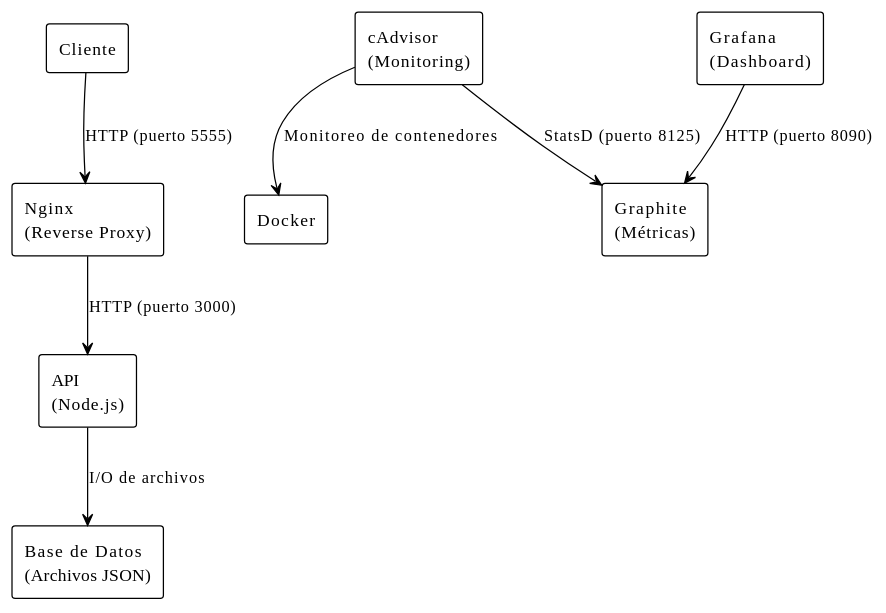
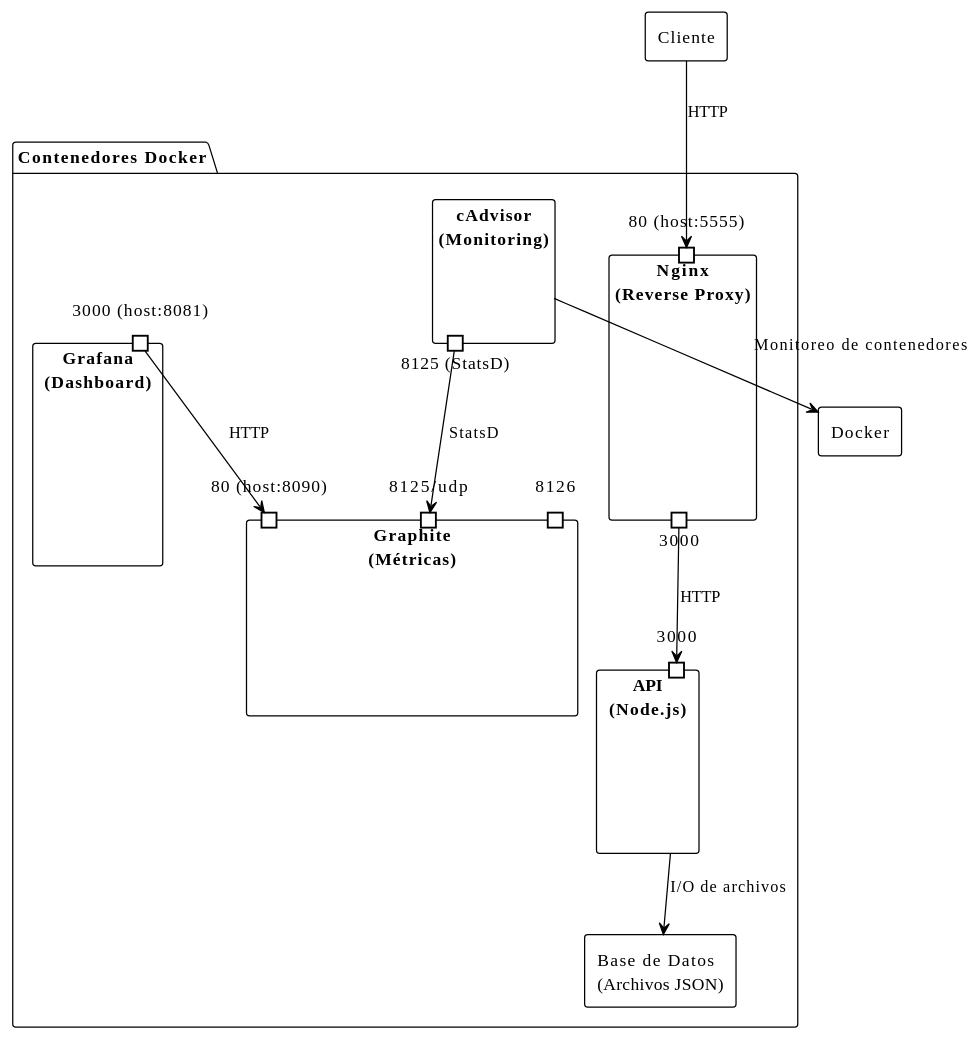
Before and after one commit to fiuba-arq-soft/2c25-tp-1: the diagram in docs/informe.org, drawn with PlantUML. The commit also changed 4 other files, not shown here.

```diff
--- a/docs/informe.org
+++ b/docs/informe.org
@@ -38,20 +38,36 @@
 #+BEGIN_SRC plantuml :file assets/componentes.png :exports results
 @startuml
 !theme plain
 skinparam componentStyle rectangle
 
 component "Cliente" as Client
-component "Nginx\n(Reverse Proxy)" as Nginx
-component "API\n(Node.js)" as API
-component "Base de Datos\n(Archivos JSON)" as DB
-component "cAdvisor\n(Monitoring)" as CAdvisor
-component "Graphite\n(Métricas)" as Graphite
-component "Grafana\n(Dashboard)" as Grafana
 
-Client --> Nginx : HTTP (puerto 5555)
-Nginx --> API : HTTP (puerto 3000)
+package "Contenedores Docker" {
+  component "Nginx\n(Reverse Proxy)" as Nginx {
+    portin "80 (host:5555)" as p_nginx_in
+    portout "3000" as p_nginx_out
+  }
+  component "API\n(Node.js)" as API {
+    portin "3000" as p_api
+  }
+  component "Base de Datos\n(Archivos JSON)" as DB
+  component "cAdvisor\n(Monitoring)" as CAdvisor {
+    portout "8125 (StatsD)" as p_cadvisor
+  }
+  component "Graphite\n(Métricas)" as Graphite {
+    portin "80 (host:8090)" as p_graphite_http
+    portin "8125/udp" as p_graphite_statsd
+    portin "8126" as p_graphite_pickle
+  }
+  component "Grafana\n(Dashboard)" as Grafana {
+    portin "3000 (host:8081)" as p_grafana
+  }
+}
+
+Client --> p_nginx_in : HTTP
+p_nginx_out --> p_api : HTTP
 API --> DB : I/O de archivos
-CAdvisor --> Graphite : StatsD (puerto 8125)
-Grafana --> Graphite : HTTP (puerto 8090)
+p_cadvisor --> p_graphite_statsd : StatsD
+p_grafana --> p_graphite_http : HTTP
 CAdvisor --> [Docker] : Monitoreo de contenedores
 #+END_SRC
```
